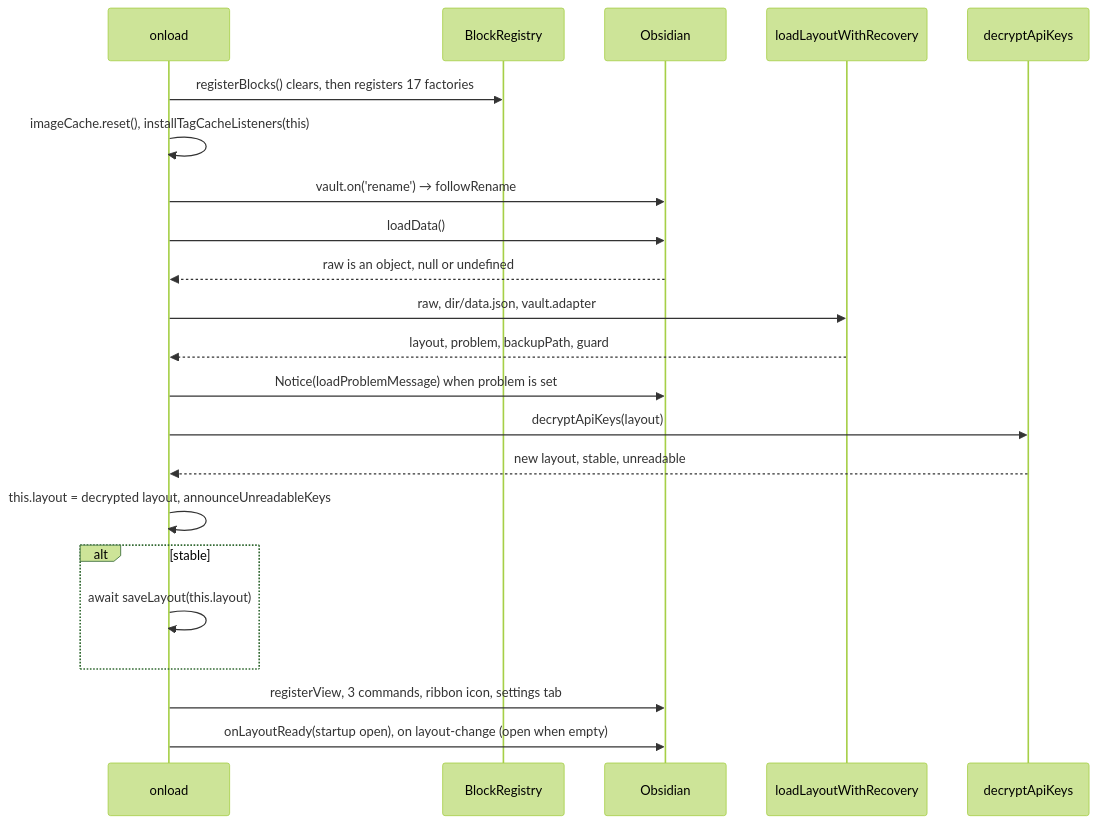
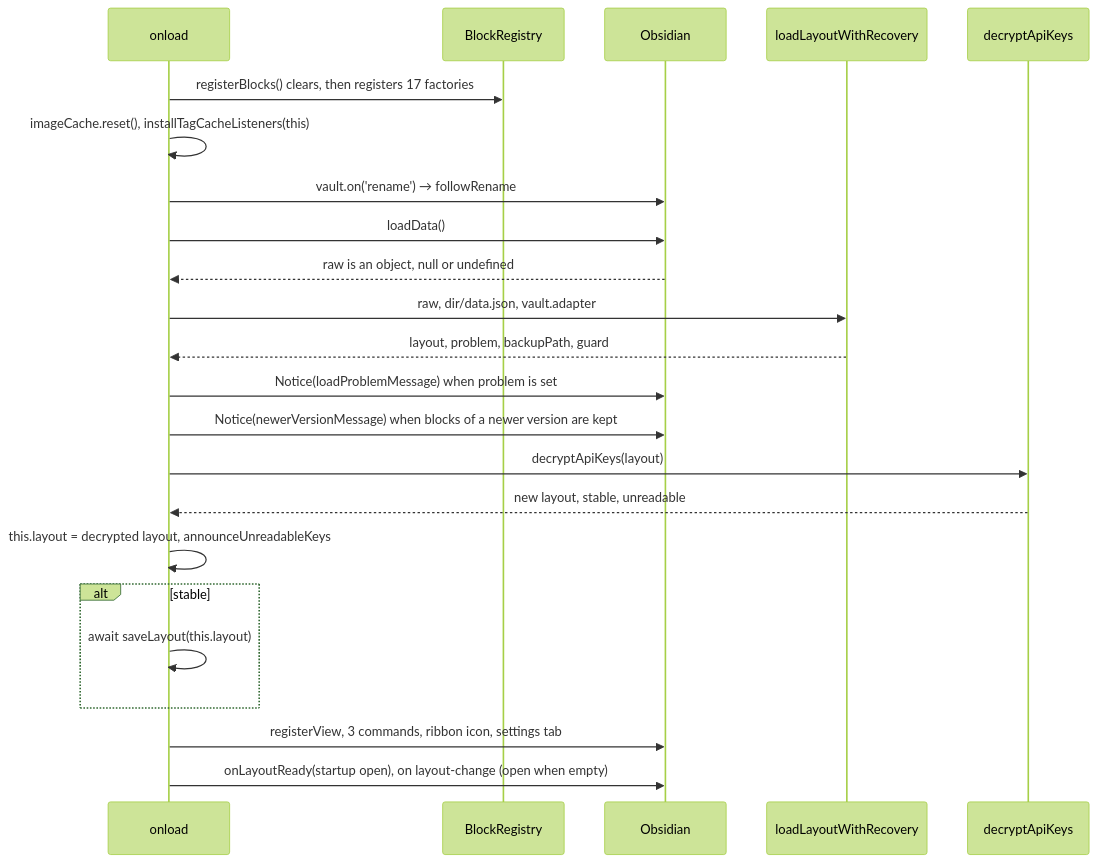
The third of 3 diagrams in docs/api/plugin.md (acaprino/obsidian-plugin-homepage), drawn with Mermaid (forest theme) before and after one commit. The commit also changed other lines of this file and 11 other files, not shown here.

````diff
--- a/docs/api/plugin.md
+++ b/docs/api/plugin.md
@@ -178,24 +193,25 @@
 ```mermaid
 sequenceDiagram
   participant P as onload
   participant R as BlockRegistry
   participant O as Obsidian
   participant L as loadLayoutWithRecovery
   participant K as decryptApiKeys
   P->>R: registerBlocks() clears, then registers 17 factories
   P->>P: imageCache.reset(), installTagCacheListeners(this)
   P->>O: vault.on('rename') → followRename
   P->>O: loadData()
   O-->>P: raw is an object, null or undefined
   P->>L: raw, dir/data.json, vault.adapter
   L-->>P: layout, problem, backupPath, guard
   P->>O: Notice(loadProblemMessage) when problem is set
+  P->>O: Notice(newerVersionMessage) when blocks of a newer version are kept
   P->>K: decryptApiKeys(layout)
   K-->>P: new layout, stable, unreadable
   P->>P: this.layout = decrypted layout, announceUnreadableKeys
   alt stable
     P->>P: await saveLayout(this.layout)
   end
   P->>O: registerView, 3 commands, ribbon icon, settings tab
   P->>O: onLayoutReady(startup open), on layout-change (open when empty)
 ```
````
